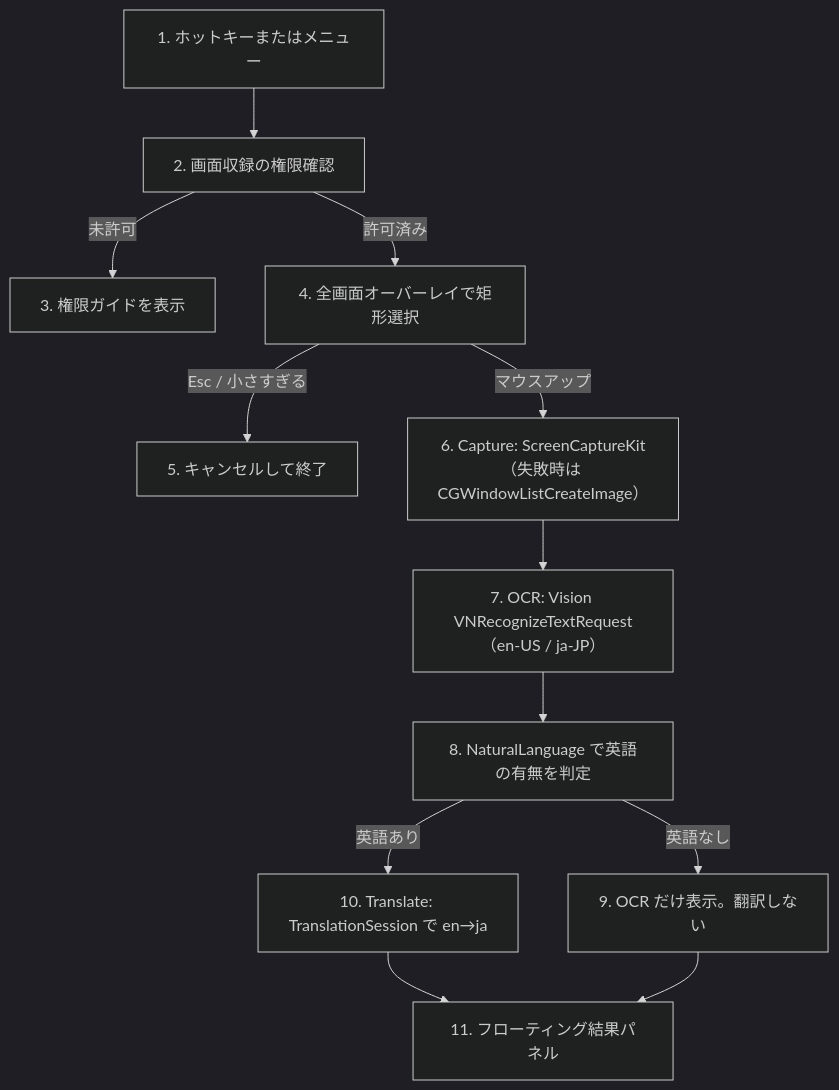
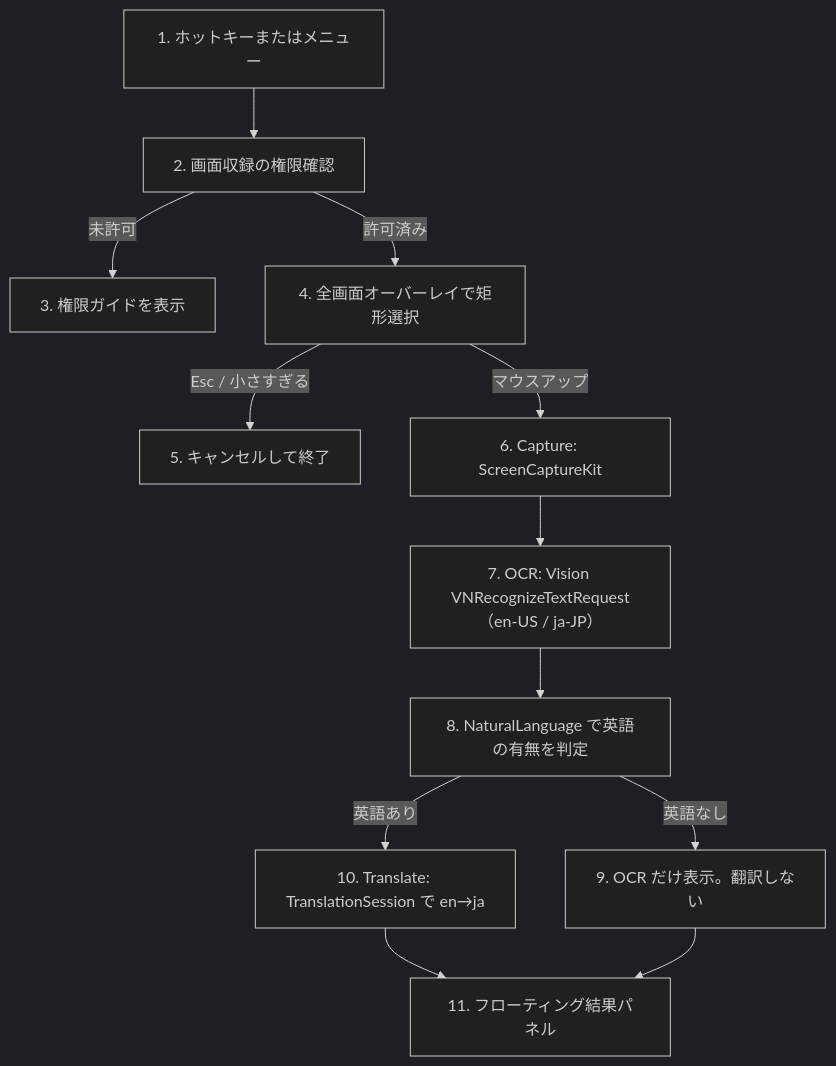
Before and after one commit to c9katayama/ScreenRectTranslate: the diagram in README.md, drawn with Mermaid (dark theme). The commit also changed other lines of this file and 2 other files, not shown here.

Commit message:
Xcode 27 でビルドできるようにし、署名付きの release ターゲットを追加しました。
macOS 27 SDK で CGWindowListCreateImage が使用不可になったため、取り込みは ScreenCaptureKit のみにしました。
make release は Apple Development 証明書で署名し、再ビルド後も画面収録の許可が維持されるようにしています。Team ID は DEVELOPMENT_TEAM で渡します。

````diff
--- a/README.md
+++ b/README.md
@@ -75,14 +75,14 @@
 ```mermaid
 flowchart TD
     n1["1. ホットキーまたはメニュー"] --> n2["2. 画面収録の権限確認"]
     n2 -->|未許可| n3["3. 権限ガイドを表示"]
     n2 -->|許可済み| n4["4. 全画面オーバーレイで矩形選択"]
     n4 -->|Esc / 小さすぎる| n5["5. キャンセルして終了"]
-    n4 -->|マウスアップ| n6["6. Capture: ScreenCaptureKit（失敗時は CGWindowListCreateImage）"]
+    n4 -->|マウスアップ| n6["6. Capture: ScreenCaptureKit"]
     n6 --> n7["7. OCR: Vision VNRecognizeTextRequest（en-US / ja-JP）"]
     n7 --> n8["8. NaturalLanguage で英語の有無を判定"]
     n8 -->|英語なし| n9["9. OCR だけ表示。翻訳しない"]
     n8 -->|英語あり| n10["10. Translate: TranslationSession で en→ja"]
     n10 --> n11["11. フローティング結果パネル"]
     n9 --> n11
 ```
````
